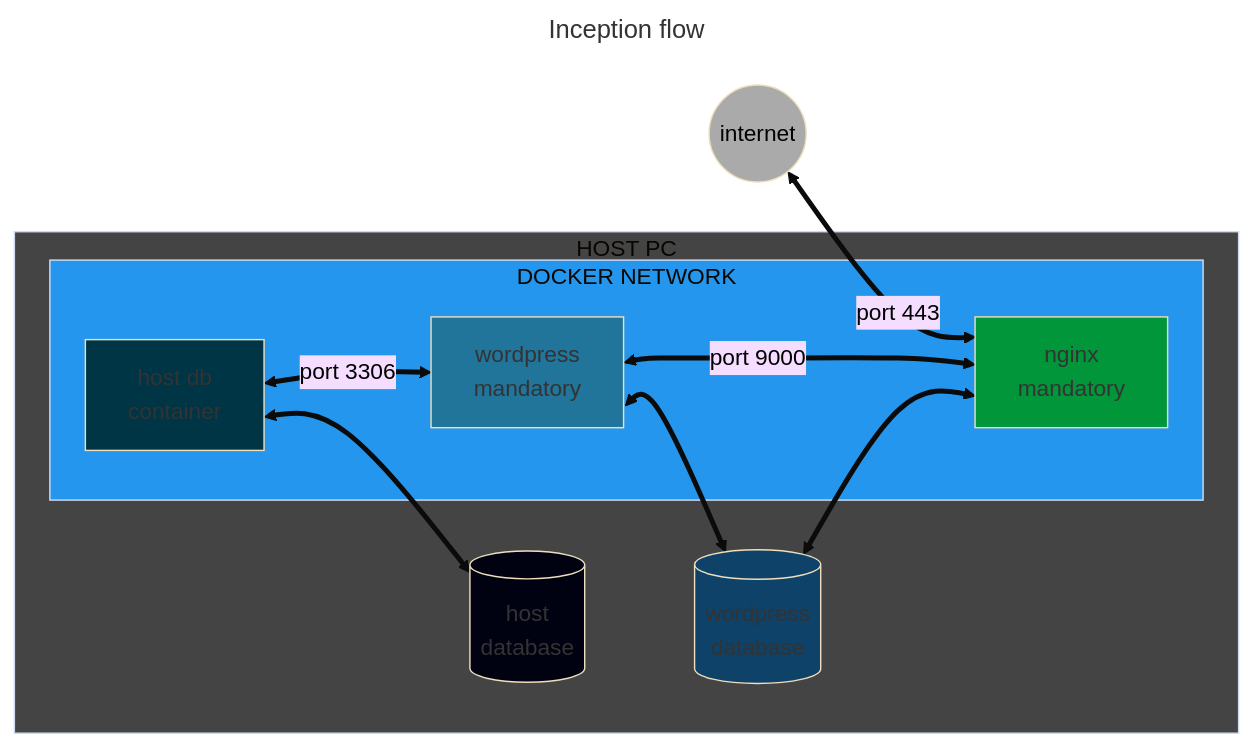
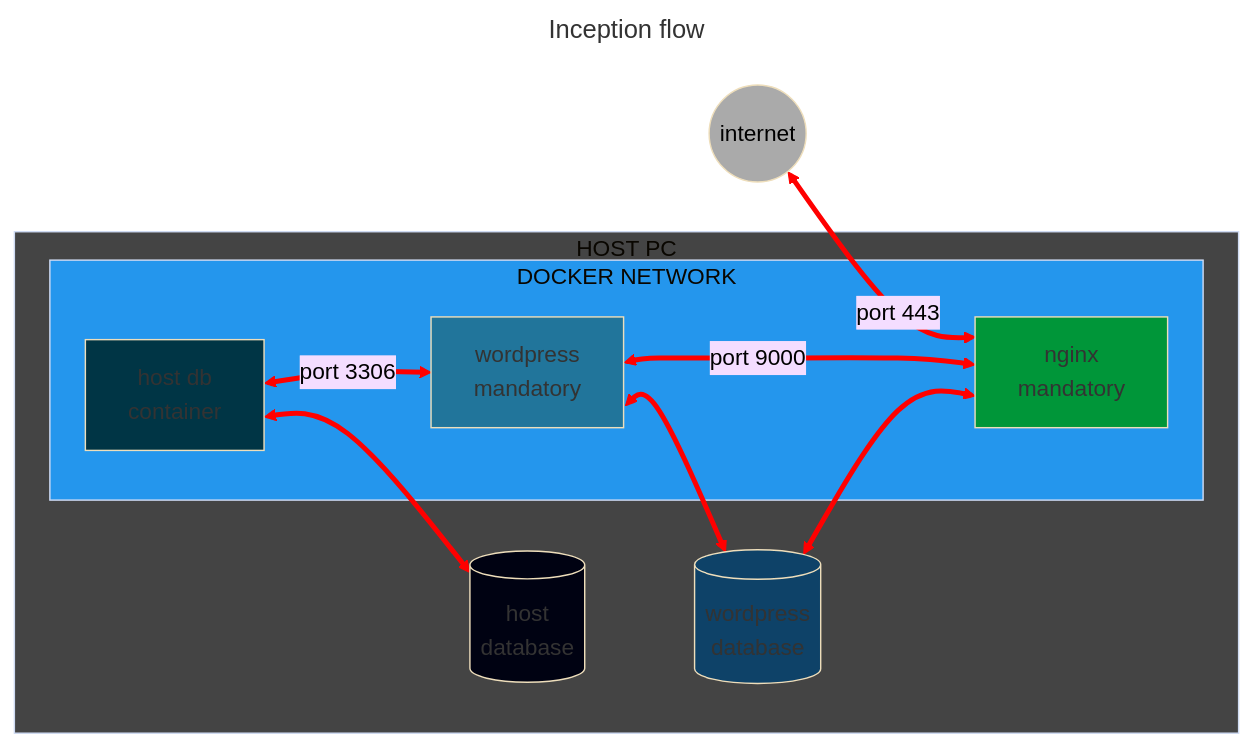
The diagram in README.md (andreyvdl/42-Inception), drawn with Mermaid (base theme) before and after one commit.

````diff
--- a/README.md
+++ b/README.md
@@ -8,42 +8,42 @@
 ```mermaid
 ---
 title: Inception flow
 ---
 
 %%{ init: { 'flowchart' : { 'curve': 'natural' } } }%%
 flowchart LR
 
 net(("internet"))
 nginxMan["nginx
   mandatory"]
 wpPHP["wordpress
   mandatory"]
 wpDB[("wordpress
   database")]
 outCont["host db
   container"]
 outDB[("host
   database")]
 
 net <==port 443==> nginxMan
 
 subgraph HP["HOST PC"]
   subgraph DN["DOCKER NETWORK"]
     outCont <==port 3306==> wpPHP
     wpPHP <==port 9000==> nginxMan
   end
   outCont <==> outDB
   wpPHP <==> wpDB
   wpDB <==> nginxMan
 end
 
 style DN fill:#2496ED
 style HP fill:#444444
 style net fill:#aaaaaa,color:#000
 style nginxMan fill:#009639
 style wpPHP fill:#21759B
 style wpDB fill:#0E4268
 style outCont fill:#003545
 style outDB fill:#000212
-linkStyle 0,1,2 color:#000 
+linkStyle 0,1,2,3,4,5 color:#000,stroke:red
 ```
````
